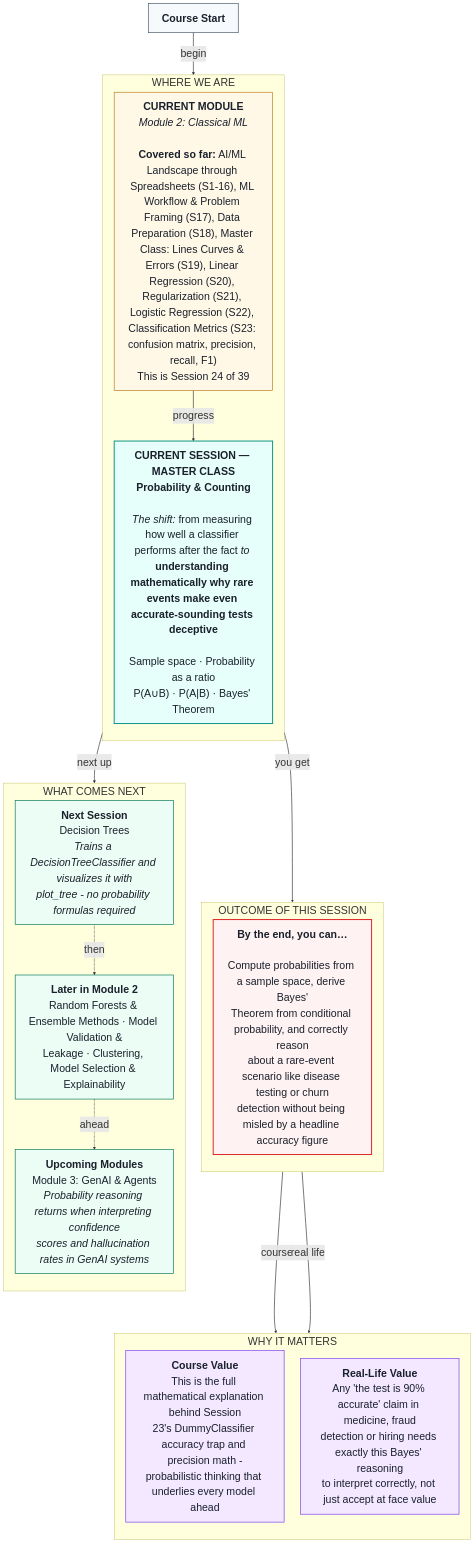
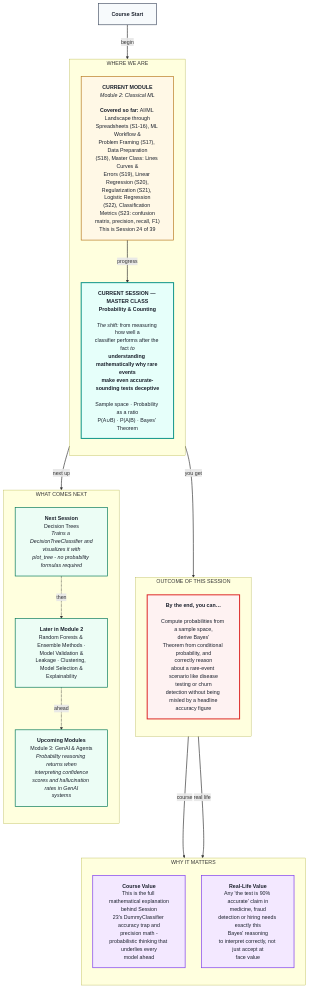
One commit to ritzrmx/Masai_Curriculum changed the diagram in IITP_AIML_Regional/IITR-AIML-TA-I-2606 & IITP-AIML-TA-II-2607/Module-2/Academic session 24 -Master Class Probability & Counting The Mathematics of Uncertainty/pre-read - Session 24 - Master Class - Probability & Counting.md. Above: the diagram before and after it, drawn with Mermaid. The commit also changed other lines of this file and 15 other files, not shown here.

Commit message:
Add Session 28 (12.2) materials: Clustering, Model Selection & Explainability

````diff
--- a/IITP_AIML_Regional/IITR-AIML-TA-I-2606 & IITP-AIML-TA-II-2607/Module-2/Academic session 24 -Master Class Probability & Counting The Mathematics of Uncertainty/pre-read - Session 24 - Master Class - Probability & Counting.md
+++ b/IITP_AIML_Regional/IITR-AIML-TA-I-2606 & IITP-AIML-TA-II-2607/Module-2/Academic session 24 -Master Class Probability & Counting The Mathematics of Uncertainty/pre-read - Session 24 - Master Class - Probability & Counting.md
@@ -7,55 +5,55 @@
 ```mermaid
-%%{init: {'themeVariables': {'fontSize': '32px', 'fontFamily': 'sans-serif'}, 'flowchart': {'htmlLabels': true, 'nodeSpacing': 50, 'rankSpacing': 80, 'wrappingWidth': 400, 'padding': 20}}}%%
+%%{init: {'flowchart': {'htmlLabels': true, 'nodeSpacing': 50, 'rankSpacing': 80, 'padding': 20}}}%%
 flowchart TB
 
 START["<b>Course Start</b>"]
 
 subgraph foundation[" WHERE WE ARE "]
 direction TB
-    CURMOD["<b>CURRENT MODULE</b><br/><i>Module 2: Classical ML</i><br/>&nbsp;<br/><b>Covered so far:</b> AI/ML Landscape through Spreadsheets (S1-16), ML Workflow &amp; Problem Framing (S17), Data Preparation (S18), Master Class: Lines Curves &amp; Errors (S19), Linear Regression (S20), Regularization (S21), Logistic Regression (S22), Classification Metrics (S23: confusion matrix, precision, recall, F1)<br/>This is Session 24 of 39"]
-    CURSES["<b>CURRENT SESSION — MASTER CLASS</b><br/><b>Probability &amp; Counting</b><br/>&nbsp;<br/><i>The shift:</i> from measuring how well a classifier performs after the fact <i>to</i> <b>understanding mathematically why rare events make even accurate-sounding tests deceptive</b><br/>&nbsp;<br/>Sample space · Probability as a ratio<br/>P(A∪B) · P(A|B) · Bayes' Theorem"]
+    CURMOD["<b>CURRENT MODULE</b><br/><i>Module 2: Classical ML</i><br/>&nbsp;<br/><b>Covered so far:</b> AI/ML Landscape through<br/>Spreadsheets (S1-16), ML Workflow &amp;<br/>Problem Framing (S17), Data Preparation<br/>(S18), Master Class: Lines Curves &amp;<br/>Errors (S19), Linear Regression (S20),<br/>Regularization (S21), Logistic Regression<br/>(S22), Classification Metrics (S23: confusion<br/>matrix, precision, recall, F1)<br/>This is Session 24 of 39"]
+    CURSES["<b>CURRENT SESSION — MASTER CLASS</b><br/><b>Probability &amp; Counting</b><br/>&nbsp;<br/><i>The shift:</i> from measuring how well a<br/>classifier performs after the fact <i>to</i><br/><b>understanding mathematically why rare events<br/>make even accurate-sounding tests deceptive</b><br/>&nbsp;<br/>Sample space · Probability as a ratio<br/>P(A∪B) · P(A|B) · Bayes' Theorem"]
 end
 
 subgraph outcome[" OUTCOME OF THIS SESSION "]
 direction TB
-    OUT["<b>By the end, you can…</b><br/>&nbsp;<br/>Compute probabilities from a sample space, derive Bayes'<br/>Theorem from conditional probability, and correctly reason<br/>about a rare-event scenario like disease testing or churn<br/>detection without being misled by a headline accuracy figure"]
+    OUT["<b>By the end, you can…</b><br/>&nbsp;<br/>Compute probabilities from a sample space,<br/>derive Bayes'<br/>Theorem from conditional probability, and<br/>correctly reason<br/>about a rare-event scenario like disease<br/>testing or churn<br/>detection without being misled by a headline<br/>accuracy figure"]
 end
 
 subgraph value[" WHY IT MATTERS "]
 direction TB
-    CVAL["<b>Course Value</b><br/>This is the full mathematical explanation behind Session<br/>23's DummyClassifier accuracy trap and precision math -<br/>probabilistic thinking that underlies every model ahead"]
-    RVAL["<b>Real-Life Value</b><br/>Any 'the test is 90% accurate' claim in medicine, fraud<br/>detection or hiring needs exactly this Bayes' reasoning<br/>to interpret correctly, not just accept at face value"]
+    CVAL["<b>Course Value</b><br/>This is the full mathematical explanation<br/>behind Session<br/>23's DummyClassifier accuracy trap and<br/>precision math -<br/>probabilistic thinking that underlies every<br/>model ahead"]
+    RVAL["<b>Real-Life Value</b><br/>Any 'the test is 90% accurate' claim in<br/>medicine, fraud<br/>detection or hiring needs exactly this<br/>Bayes' reasoning<br/>to interpret correctly, not just accept at<br/>face value"]
 end
 
 subgraph future[" WHAT COMES NEXT "]
 direction TB
-    U0["<b>Next Session</b><br/>Decision Trees<br/><i>Trains a DecisionTreeClassifier and visualizes it with<br/>plot_tree - no probability formulas required</i>"]
-    U1["<b>Later in Module 2</b><br/>Random Forests &amp; Ensemble Methods · Model Validation &amp;<br/>Leakage · Clustering, Model Selection &amp; Explainability"]
-    U2["<b>Upcoming Modules</b><br/>Module 3: GenAI &amp; Agents<br/><i>Probability reasoning returns when interpreting confidence<br/>scores and hallucination rates in GenAI systems</i>"]
+    U0["<b>Next Session</b><br/>Decision Trees<br/><i>Trains a DecisionTreeClassifier and<br/>visualizes it with<br/>plot_tree - no probability formulas required</i>"]
+    U1["<b>Later in Module 2</b><br/>Random Forests &amp; Ensemble Methods ·<br/>Model Validation &amp;<br/>Leakage · Clustering, Model Selection &amp;<br/>Explainability"]
+    U2["<b>Upcoming Modules</b><br/>Module 3: GenAI &amp; Agents<br/><i>Probability reasoning returns when<br/>interpreting confidence<br/>scores and hallucination rates in GenAI<br/>systems</i>"]
 end
 
 START ==>|" begin "| CURMOD
 CURMOD ==>|" progress "| CURSES
 CURSES ==>|" you get "| OUT
 OUT ==>|" course "| CVAL
 OUT ==>|" real life "| RVAL
 CURSES ==>|" next up "| U0
 U0 -.->|" then "| U1
 U1 -.->|" ahead "| U2
 
 classDef startBox fill:#F7FAFC,stroke:#4A5568,stroke-width:2px,color:#1A202C
 classDef curModBox fill:#FFF8E6,stroke:#B7791F,stroke-width:2px,color:#1A202C
 classDef curSessBox fill:#E6FFFA,stroke:#0D9488,stroke-width:3px,color:#1A202C
 classDef outBox fill:#FEF2F2,stroke:#DC2626,stroke-width:3px,color:#1A202C
 classDef valueBox fill:#F3E8FF,stroke:#7C3AED,stroke-width:2px,color:#1A202C
 classDef futureBox fill:#ECFDF5,stroke:#047857,stroke-width:2px,color:#1A202C
 
 class START startBox
 class CURMOD curModBox
 class CURSES curSessBox
 class OUT outBox
 class CVAL,RVAL valueBox
 class U0,U1,U2 futureBox
 
 linkStyle default stroke-width:2px
 ```
````
